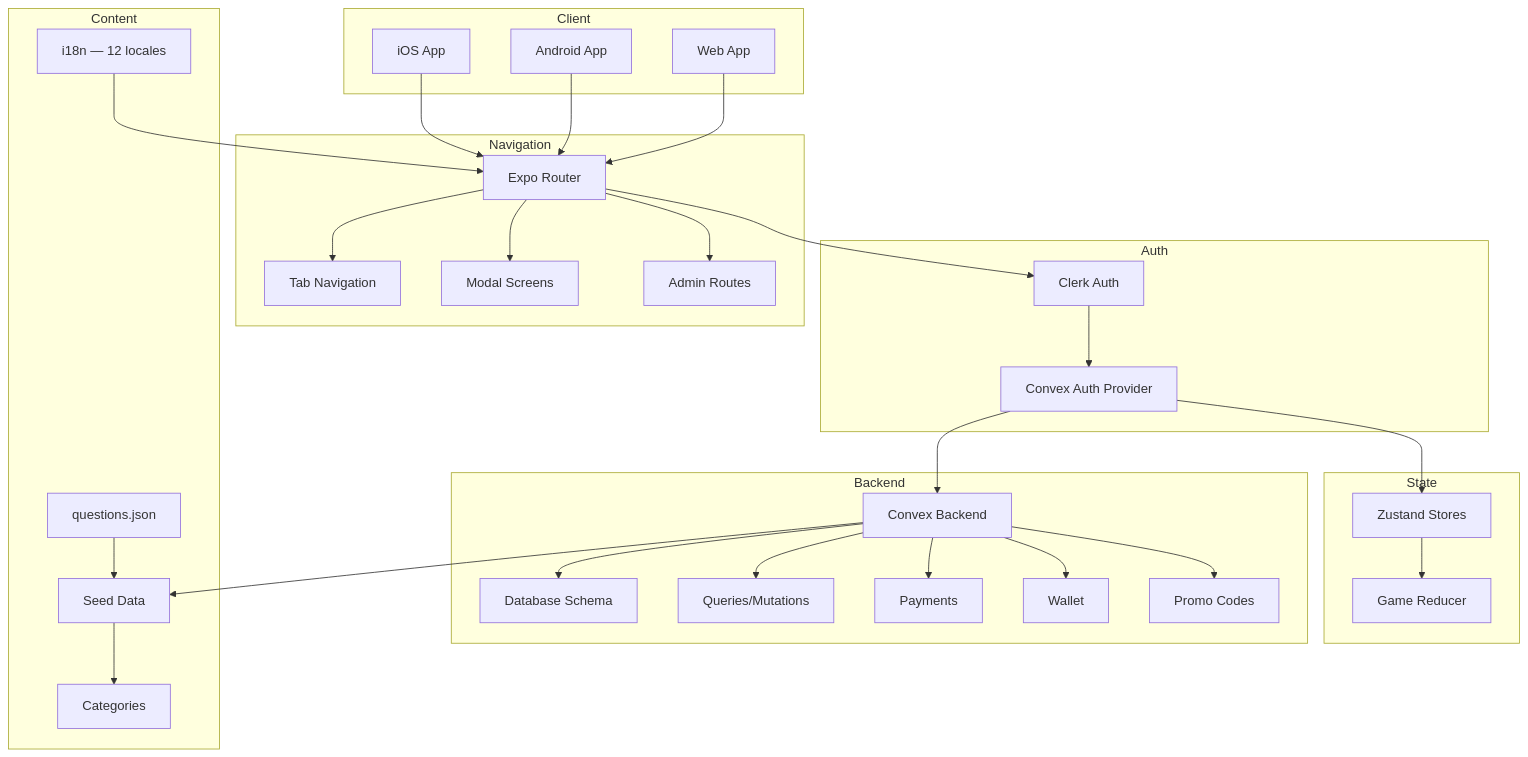
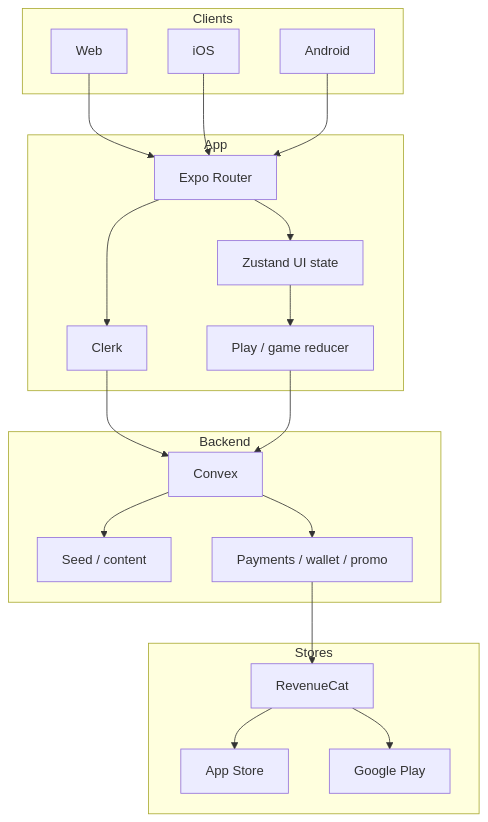
One commit to baitalhikmah9/quickfire changed the diagram in docs/CODEBASE_MAP.md. Above: the diagram before and after it, drawn with Mermaid. The commit also changed other lines of this file, not shown here.

````diff
--- a/docs/CODEBASE_MAP.md
+++ b/docs/CODEBASE_MAP.md
@@ -16,57 +15,38 @@
 ```mermaid
 graph TB
-    subgraph Client
-        Web[Web App]
-        iOS[iOS App]
-        Android[Android App]
-    end
-    subgraph Navigation
-        Router[Expo Router]
-        Tabs[Tab Navigation]
-        Modals[Modal Screens]
-        Admin[Admin Routes]
-    end
-    subgraph Auth
-        Clerk[Clerk Auth]
-        ConvexAuth[Convex Auth Provider]
-    end
-    subgraph State
-        Zustand[Zustand Stores]
-        Reducer[Game Reducer]
-    end
-    subgraph Backend
-        Convex[Convex Backend]
-        Schema[Database Schema]
-        Queries[Queries/Mutations]
-        Payments[Payments]
-        Wallet[Wallet]
-        Promo[Promo Codes]
-    end
-    subgraph Content
-        Questions[questions.json]
-        SeedData[Seed Data]
-        Categories[Categories]
-        I18n[i18n — 12 locales]
-    end
+  subgraph Clients
+    Web[Web]
+    iOS[iOS]
+    Android[Android]
+  end
+  subgraph App
+    Router[Expo Router]
+    Auth[Clerk]
+    UI[Zustand UI state]
+    Play[Play / game reducer]
+  end
+  subgraph Backend
+    Convex[Convex]
+    Seed[Seed / content]
+    Pay[Payments / wallet / promo]
+  end
+  subgraph Stores
+    ASC[App Store]
+    GP[Google Play]
+    RC[RevenueCat]
+  end
 
-    iOS --> Router
-    Android --> Router
-    Web --> Router
-    Router --> Tabs
-    Router --> Modals
-    Router --> Admin
-    Router --> Clerk
-    Clerk --> ConvexAuth
-    ConvexAuth --> Zustand
-    Zustand --> Reducer
-    ConvexAuth --> Convex
-    Convex --> Schema
-    Convex --> Queries
-    Convex --> Payments
-    Convex --> Wallet
-    Convex --> Promo
-    Convex --> SeedData
-    Questions --> SeedData
-    SeedData --> Categories
-    I18n --> Router
+  Web --> Router
+  iOS --> Router
+  Android --> Router
+  Router --> Auth
+  Auth --> Convex
+  Router --> UI
+  UI --> Play
+  Play --> Convex
+  Convex --> Seed
+  Convex --> Pay
+  Pay --> RC
+  RC --> ASC
+  RC --> GP
 ```
````
